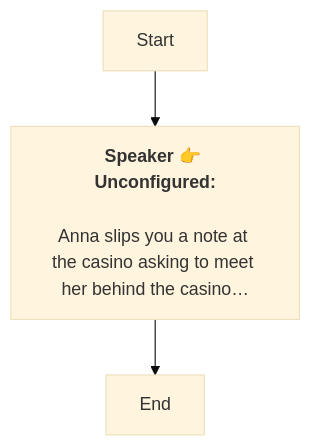
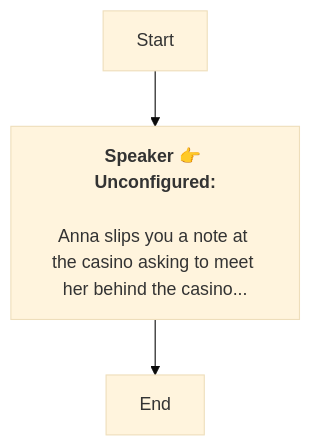
The diagram in En/QuestStartTalkENode_1766692507847625.md (SoftHu/tos_avg), drawn with Mermaid (base theme) before and after one commit. The commit also changed 53 other files, not shown here.

````diff
--- a/En/QuestStartTalkENode_1766692507847625.md
+++ b/En/QuestStartTalkENode_1766692507847625.md
@@ -1,8 +1,8 @@
 ```mermaid
 graph
 Start -->1766692545158091[<b>Speaker 👉 Unconfigured:</b>
 
-Anna slips you a note at the casino asking to meet her behind the casino… ]
+Anna slips you a note at the casino asking to meet her behind the casino... ]
 1766692545158091 -->1766692812234703[End]
 
  ```
````
